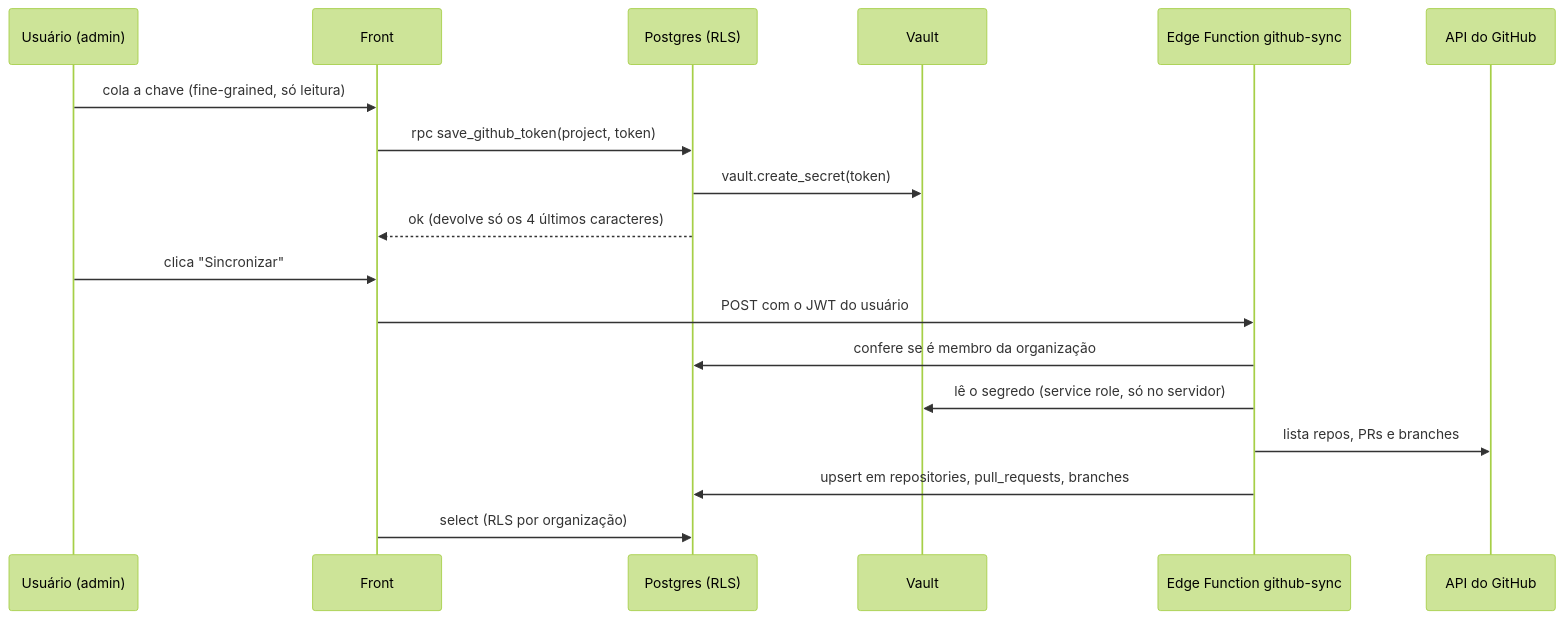
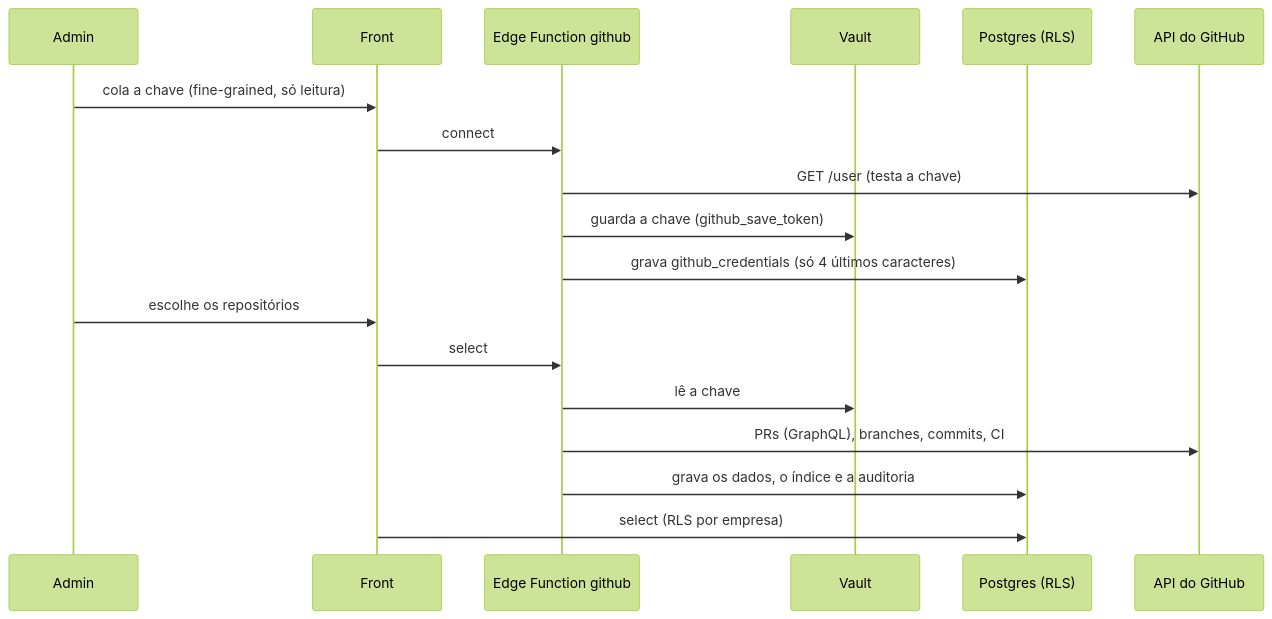
One commit to govtechbr/govtech changed the second of 2 diagrams in docs/PLANO_TECNICO.md. Above: the diagram before and after it, drawn with Mermaid (forest theme). The commit also changed other lines of this file, not shown here.

Commit message:
docs(plan): rewrite the technical plan as the current architecture and decision log

````diff
--- a/docs/PLANO_TECNICO.md
+++ b/docs/PLANO_TECNICO.md
@@ -362,20 +160,20 @@
 ```mermaid
 sequenceDiagram
-  participant U as Usuário (admin)
+  participant U as Admin
   participant F as Front
+  participant EF as Edge Function github
+  participant V as Vault
   participant DB as Postgres (RLS)
-  participant V as Vault
-  participant EF as Edge Function github-sync
   participant GH as API do GitHub
   U->>F: cola a chave (fine-grained, só leitura)
-  F->>DB: rpc save_github_token(project, token)
-  DB->>V: vault.create_secret(token)
-  DB-->>F: ok (devolve só os 4 últimos caracteres)
-  U->>F: clica "Sincronizar"
-  F->>EF: POST com o JWT do usuário
-  EF->>DB: confere se é membro da organização
-  EF->>V: lê o segredo (service role, só no servidor)
-  EF->>GH: lista repos, PRs e branches
-  EF->>DB: upsert em repositories, pull_requests, branches
-  F->>DB: select (RLS por organização)
+  F->>EF: connect
+  EF->>GH: GET /user (testa a chave)
+  EF->>V: guarda a chave (github_save_token)
+  EF->>DB: grava github_credentials (só 4 últimos caracteres)
+  U->>F: escolhe os repositórios
+  F->>EF: select
+  EF->>V: lê a chave
+  EF->>GH: PRs (GraphQL), branches, commits, CI
+  EF->>DB: grava os dados, o índice e a auditoria
+  F->>DB: select (RLS por empresa)
 ```
````
